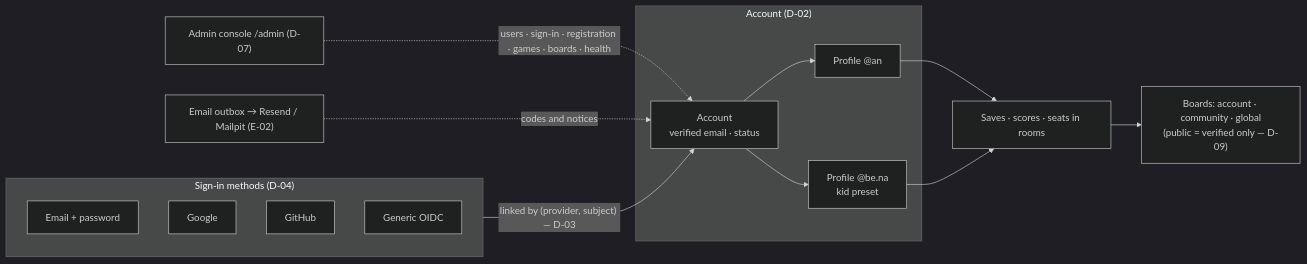
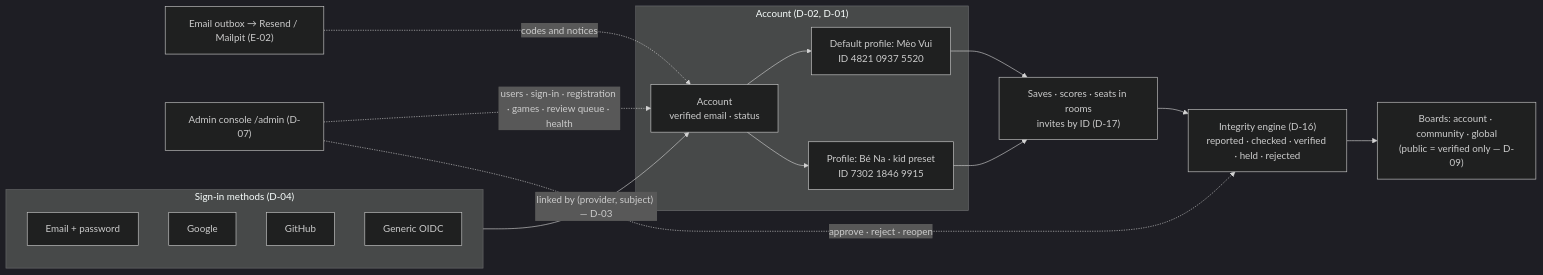
One commit to vinh466/tohe-play changed the first of 14 diagrams in plans/public-launch/design.md. Above: the diagram before and after it, drawn with Mermaid (dark theme). The commit also changed other lines of this file and 17 other files, not shown here.

First line of the commit message:
docs(plans): profile IDs, the integrity engine, and the owner's calls

````diff
--- a/plans/public-launch/design.md
+++ b/plans/public-launch/design.md
@@ -20,22 +22,24 @@
 ```mermaid
 flowchart LR
   subgraph methods ["Sign-in methods (D-04)"]
     pw["Email + password"]
     google["Google"]
     github["GitHub"]
     oidc["Generic OIDC"]
   end
-  subgraph identity ["Account (D-02)"]
+  subgraph identity ["Account (D-02, D-01)"]
     acc["Account<br/>verified email · status"]
-    prof1["Profile @an"]
-    prof2["Profile @be.na<br/>kid preset"]
+    prof1["Default profile: Mèo Vui<br/>ID 4821 0937 5520"]
+    prof2["Profile: Bé Na · kid preset<br/>ID 7302 1846 9915"]
   end
   methods -->|"linked by (provider, subject) — D-03"| acc
   acc --> prof1
   acc --> prof2
-  prof1 --> play["Saves · scores · seats in rooms"]
+  prof1 --> play["Saves · scores · seats in rooms<br/>invites by ID (D-17)"]
   prof2 --> play
-  play --> boards["Boards: account · community · global<br/>(public = verified only — D-09)"]
-  admin["Admin console /admin (D-07)"] -.->|"users · sign-in · registration · games · boards · health"| acc
+  play --> engine["Integrity engine (D-16)<br/>reported · checked · verified · held · rejected"]
+  engine --> boards["Boards: account · community · global<br/>(public = verified only — D-09)"]
+  admin["Admin console /admin (D-07)"] -.->|"users · sign-in · registration · games · review queue · health"| acc
+  admin -.->|"approve · reject · reopen"| engine
   mail["Email outbox → Resend / Mailpit (E-02)"] -.->|"codes and notices"| acc
 ```
````
